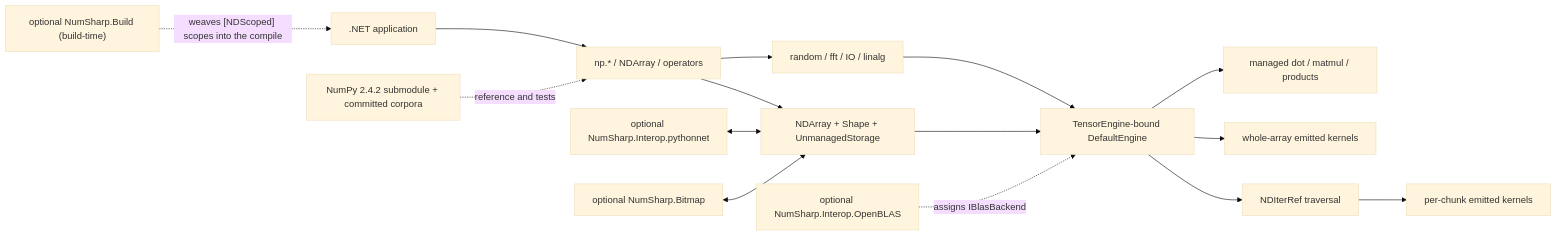
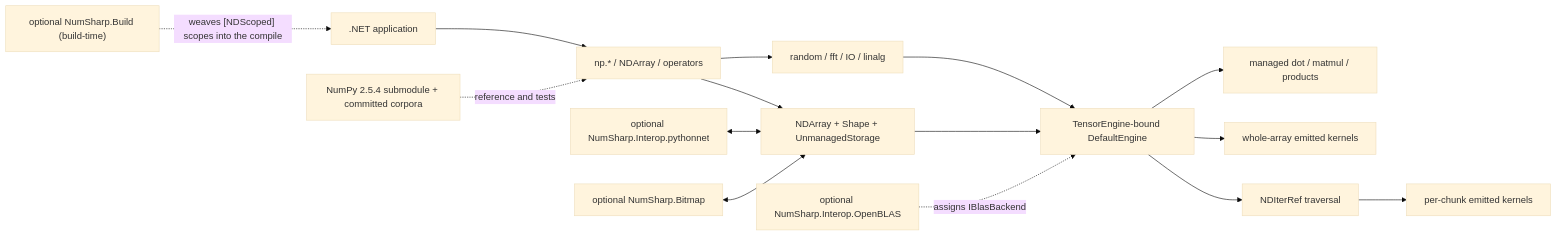
One commit to SciSharp/NumSharp changed the diagram in ARCHITECTURE.md. Above: the diagram before and after it, drawn with Mermaid (base theme). The commit also changed other lines of this file and 58 other files, not shown here.

````diff
--- a/ARCHITECTURE.md
+++ b/ARCHITECTURE.md
@@ -31,17 +31,17 @@
 ```mermaid
 flowchart LR
     App[".NET application"] --> API["np.* / NDArray / operators"]
     API --> Model["NDArray + Shape + UnmanagedStorage"]
     API --> Modules["random / fft / IO / linalg"]
     Model --> Engine["TensorEngine-bound DefaultEngine"]
     Modules --> Engine
     Engine --> Iter["NDIterRef traversal"]
     Engine --> Direct["whole-array emitted kernels"]
     Iter --> Inner["per-chunk emitted kernels"]
     Engine --> ManagedLA["managed dot / matmul / products"]
     OpenBLAS["optional NumSharp.Interop.OpenBLAS"] -. "assigns IBlasBackend" .-> Engine
     Python["optional NumSharp.Interop.pythonnet"] <--> Model
     Bitmap["optional NumSharp.Bitmap"] <--> Model
     Weaver["optional NumSharp.Build (build-time)"] -. "weaves [NDScoped] scopes into the compile" .-> App
-    Oracle["NumPy 2.4.2 submodule + committed corpora"] -. "reference and tests" .-> API
+    Oracle["NumPy 2.5.4 submodule + committed corpora"] -. "reference and tests" .-> API
 ```
````
